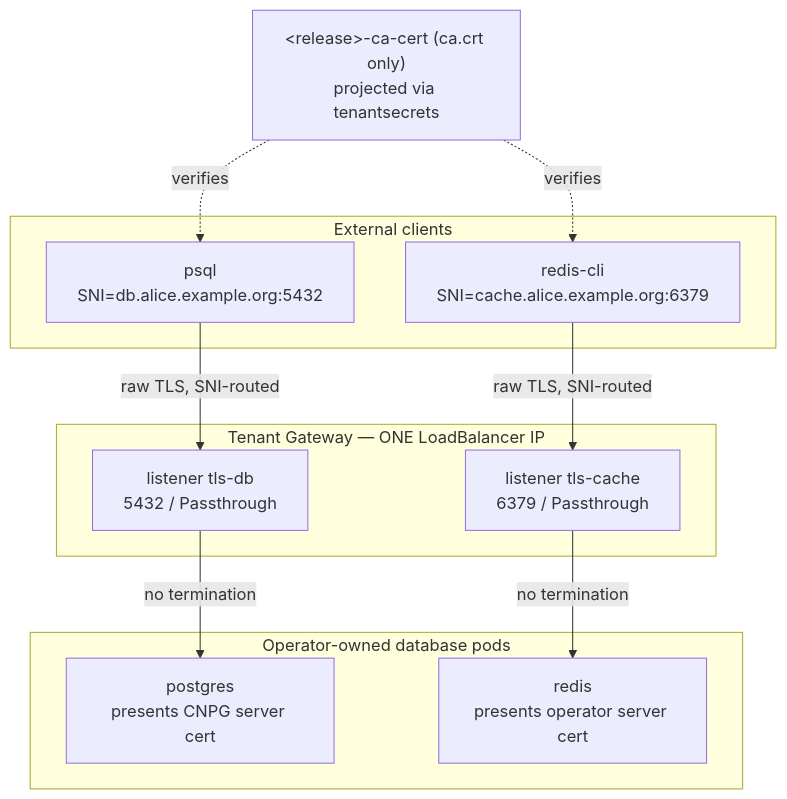
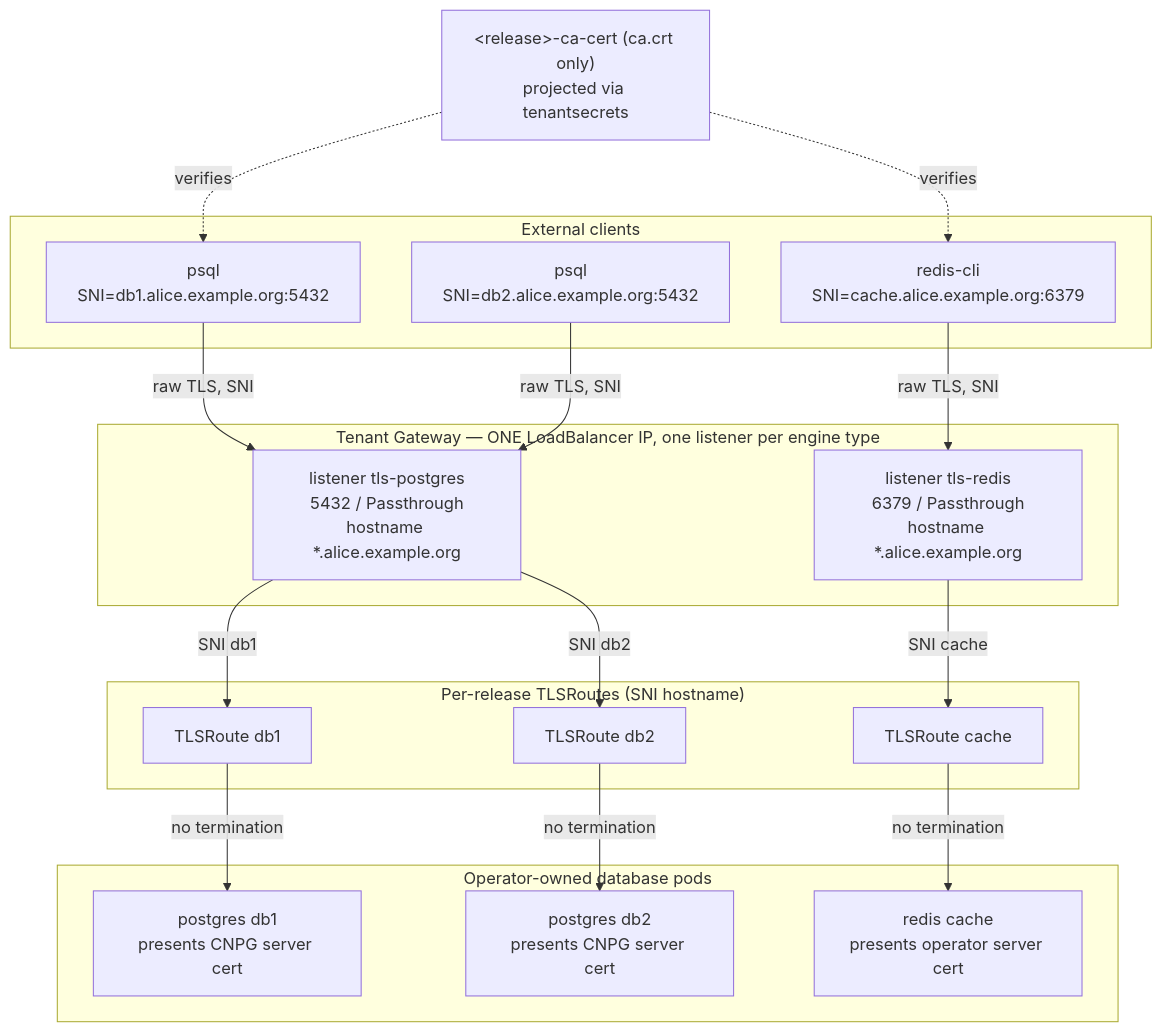
One commit to cozystack/community changed the diagram in design-proposals/external-database-exposure/README.md. Above: the diagram before and after it, drawn with Mermaid. The commit also changed other lines of this file, not shown here.

First line of the commit message:
docs(external-database-exposure): share listeners, reject insecure TLS

````diff
--- a/design-proposals/external-database-exposure/README.md
+++ b/design-proposals/external-database-exposure/README.md
@@ -74,20 +74,31 @@
 ```mermaid
 flowchart TB
   subgraph ext["External clients"]
-    C1["psql<br/>SNI=db.alice.example.org:5432"]
-    C2["redis-cli<br/>SNI=cache.alice.example.org:6379"]
+    C1["psql<br/>SNI=db1.alice.example.org:5432"]
+    C2["psql<br/>SNI=db2.alice.example.org:5432"]
+    C3["redis-cli<br/>SNI=cache.alice.example.org:6379"]
   end
-  subgraph gw["Tenant Gateway — ONE LoadBalancer IP"]
-    L1["listener tls-db<br/>5432 / Passthrough"]
-    L2["listener tls-cache<br/>6379 / Passthrough"]
+  subgraph gw["Tenant Gateway — ONE LoadBalancer IP, one listener per engine type"]
+    L1["listener tls-postgres<br/>5432 / Passthrough<br/>hostname *.alice.example.org"]
+    L2["listener tls-redis<br/>6379 / Passthrough<br/>hostname *.alice.example.org"]
+  end
+  subgraph rt["Per-release TLSRoutes (SNI hostname)"]
+    R1["TLSRoute db1"]
+    R2["TLSRoute db2"]
+    R3["TLSRoute cache"]
   end
   subgraph pods["Operator-owned database pods"]
-    P1["postgres<br/>presents CNPG server cert"]
-    P2["redis<br/>presents operator server cert"]
+    P1["postgres db1<br/>presents CNPG server cert"]
+    P2["postgres db2<br/>presents CNPG server cert"]
+    P3["redis cache<br/>presents operator server cert"]
   end
   CA["&lt;release&gt;-ca-cert (ca.crt only)<br/>projected via tenantsecrets"]
-  C1 -->|"raw TLS, SNI-routed"| L1 -->|"no termination"| P1
-  C2 -->|"raw TLS, SNI-routed"| L2 -->|"no termination"| P2
+  C1 -->|"raw TLS, SNI"| L1
+  C2 -->|"raw TLS, SNI"| L1
+  C3 -->|"raw TLS, SNI"| L2
+  L1 -->|"SNI db1"| R1 -->|"no termination"| P1
+  L1 -->|"SNI db2"| R2 -->|"no termination"| P2
+  L2 -->|"SNI cache"| R3 -->|"no termination"| P3
   CA -.->|"verifies"| C1
-  CA -.->|"verifies"| C2
+  CA -.->|"verifies"| C3
 ```
````
